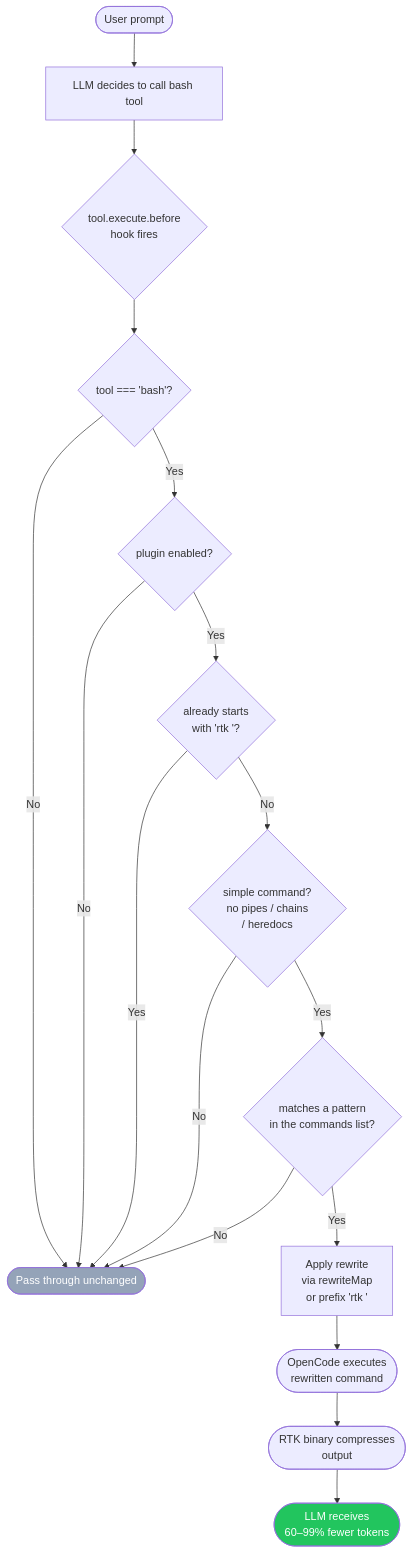
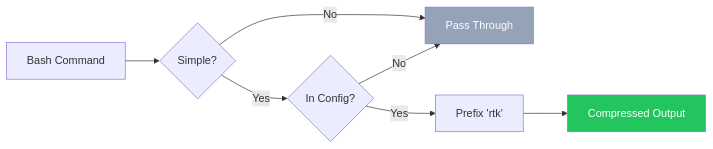
The diagram in README.md (rezamonangg/opencode_rtk_plugin), drawn with Mermaid before and after one commit. The commit also changed other lines of this file and 1 other file, not shown here.

````diff
--- a/README.md
+++ b/README.md
@@ -48,24 +67,12 @@
 ```mermaid
-flowchart TD
-    A([User prompt]) --> B[LLM decides to call bash tool]
-    B --> C{tool.execute.before\nhook fires}
-
-    C --> D{tool === 'bash'?}
-    D -- No --> Z([Pass through unchanged])
-    D -- Yes --> E{plugin enabled?}
-    E -- No --> Z
-    E -- Yes --> F{already starts\nwith 'rtk '?}
-    F -- Yes --> Z
-    F -- No --> G{simple command?\nno pipes / chains\n/ heredocs}
-    G -- No --> Z
-    G -- Yes --> H{matches a pattern\nin the commands list?}
-    H -- No --> Z
-    H -- Yes --> I[Apply rewrite\nvia rewriteMap\nor prefix 'rtk ']
-
-    I --> J([OpenCode executes\nrewritten command])
-    J --> K([RTK binary compresses\noutput])
-    K --> L([LLM receives\n60–99% fewer tokens])
-
-    style L fill:#22c55e,color:#fff
+flowchart LR
+    A[Bash Command] --> B{Simple?}
+    B -->|No| Z[Pass Through]
+    B -->|Yes| C{In Config?}
+    C -->|No| Z
+    C -->|Yes| D[Prefix 'rtk']
+    D --> E[Compressed Output]
+    
+    style E fill:#22c55e,color:#fff
     style Z fill:#94a3b8,color:#fff
 ```
````
